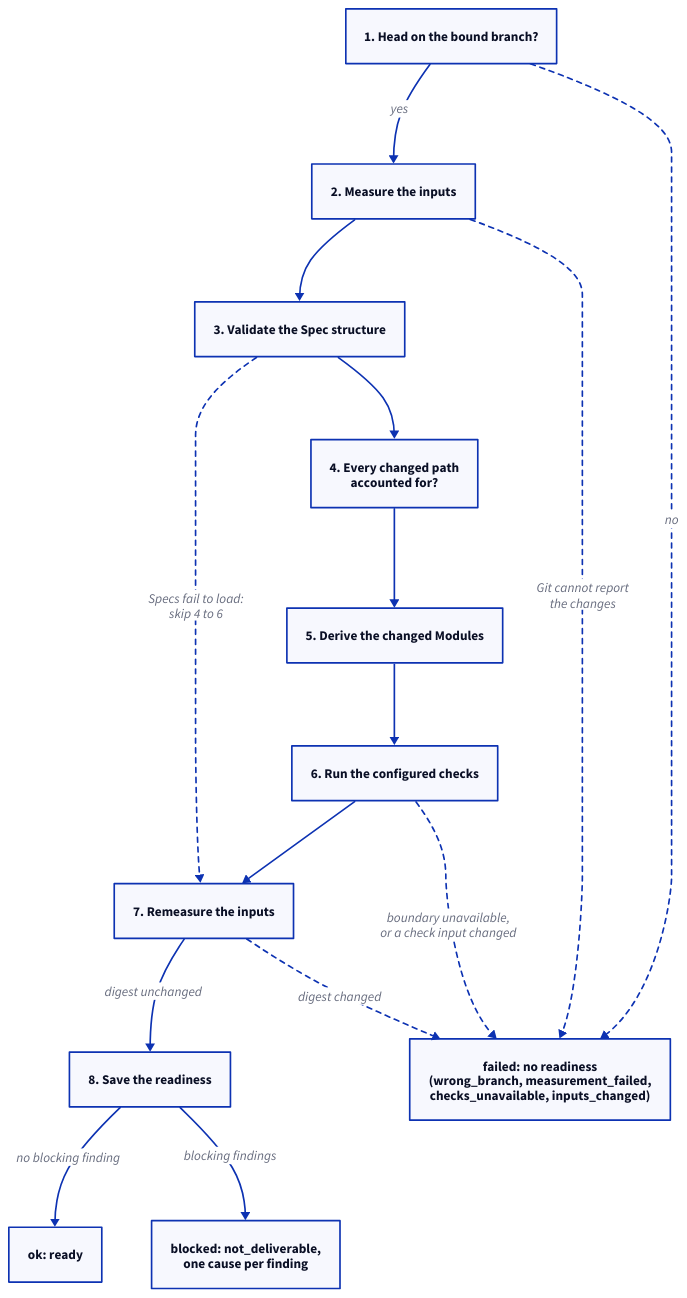
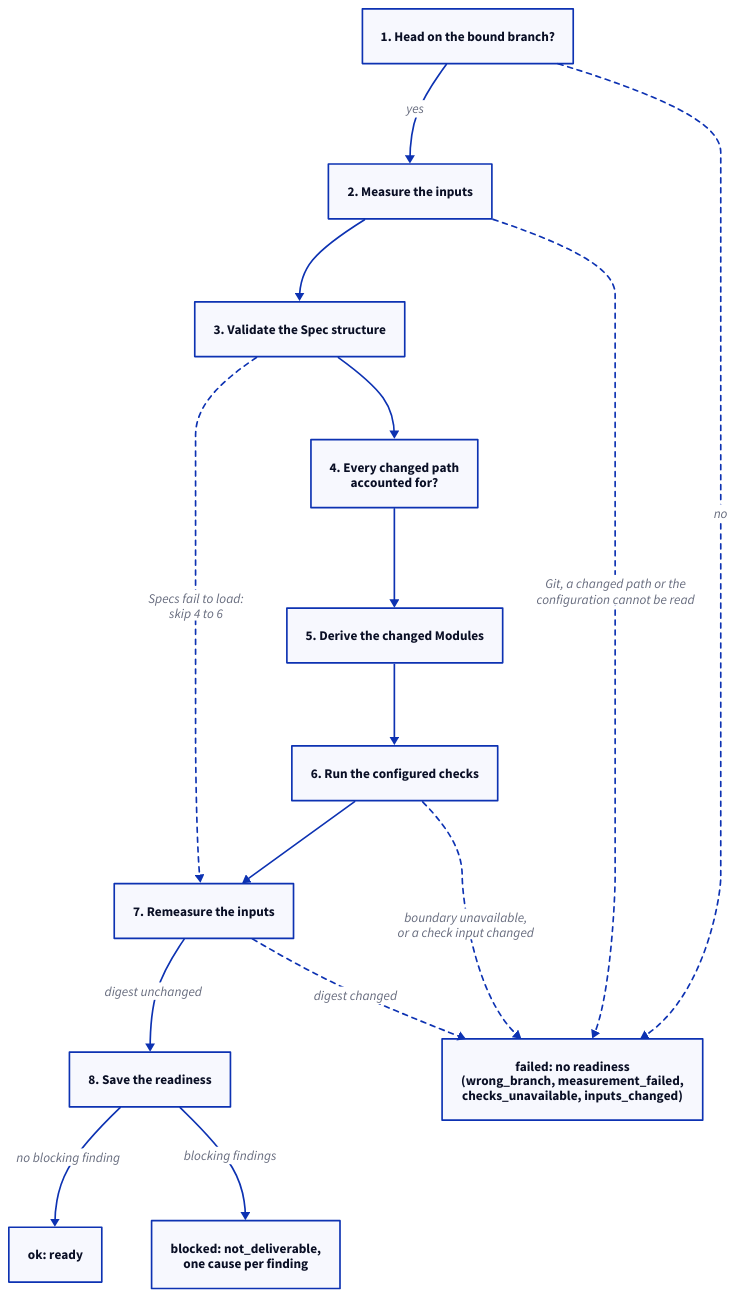
Before and after one commit to FTOD/concorde: the diagram in specs/concorde/method/validation/module.md, drawn with D2. The commit also changed other lines of this file and 9 other files, not shown here.

````diff
--- a/specs/concorde/method/validation/module.md
+++ b/specs/concorde/method/validation/module.md
@@ -54,24 +54,24 @@
 ```d2 illustrative
 direction: down
 branch: "1. Head on the bound branch?"
 measure: "2. Measure the inputs"
 structure: "3. Validate the Spec structure"
 paths: "4. Every changed path\naccounted for?"
 modules: "5. Derive the changed Modules"
 checks: "6. Run the configured checks"
 remeasure: "7. Remeasure the inputs"
 save: "8. Save the readiness"
 ok: "ok: ready"
 blocked: "blocked: not_deliverable,\none cause per finding"
 failed: "failed: no readiness\n(wrong_branch, measurement_failed,\nchecks_unavailable, inputs_changed)"
 branch -> measure: yes
 measure -> structure -> paths -> modules -> checks -> remeasure
 structure -> remeasure: "Specs fail to load:\nskip 4 to 6" {style.stroke-dash: 3}
 remeasure -> save: "digest unchanged"
 save -> ok: "no blocking finding"
 save -> blocked: "blocking findings"
 branch -> failed: no {style.stroke-dash: 3}
-measure -> failed: "Git cannot report\nthe changes" {style.stroke-dash: 3}
+measure -> failed: "Git, a changed path or the\nconfiguration cannot be read" {style.stroke-dash: 3}
 checks -> failed: "boundary unavailable,\nor a check input changed" {style.stroke-dash: 3}
 remeasure -> failed: "digest changed" {style.stroke-dash: 3}
 ```
````
